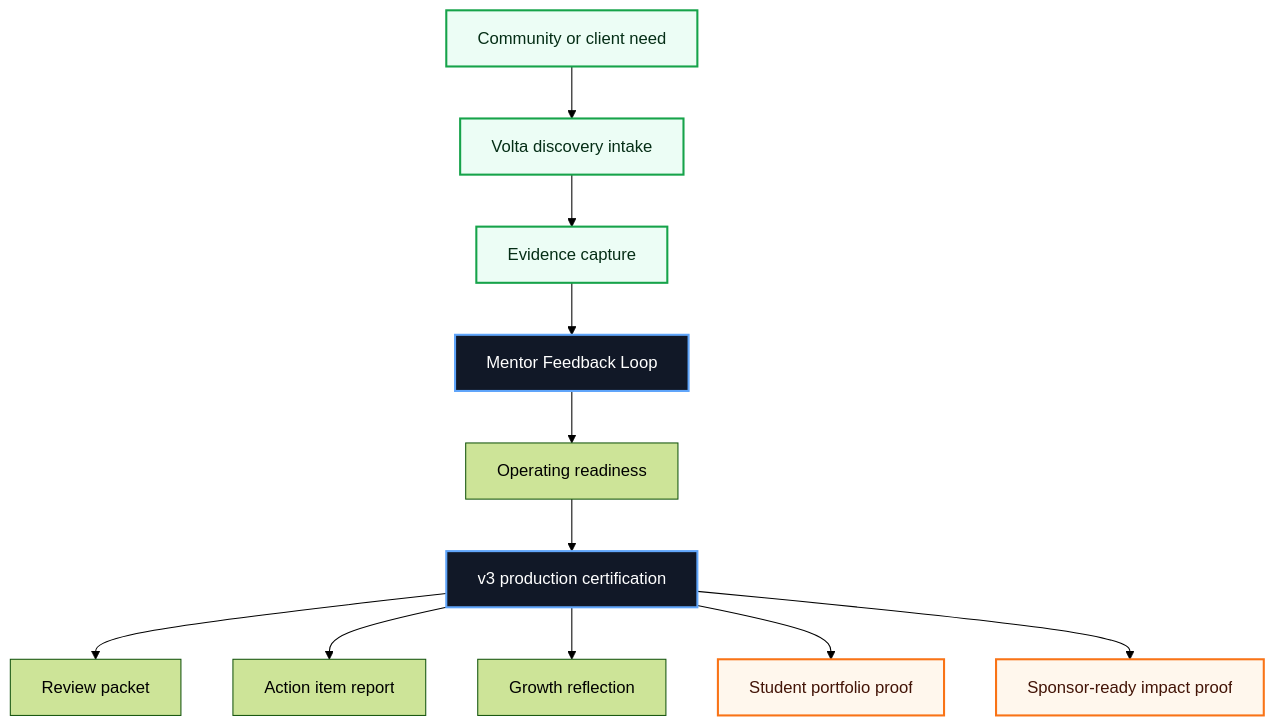
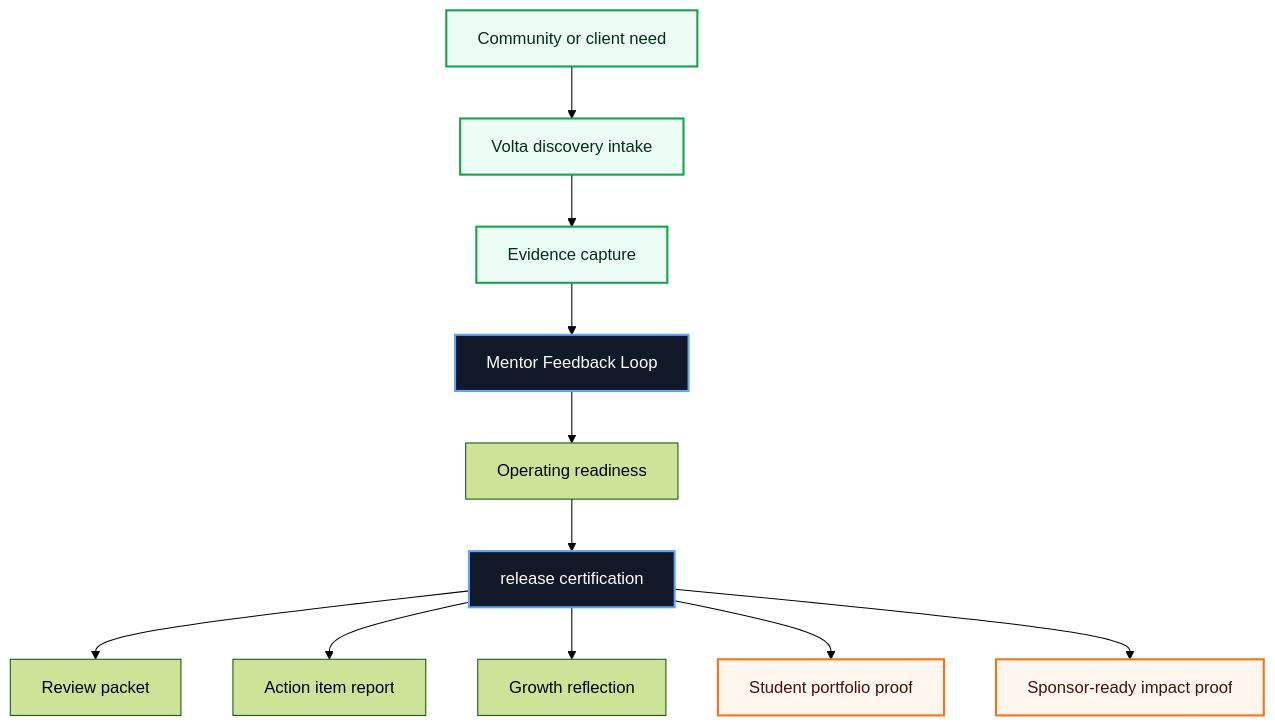
The first of 3 diagrams in README.md (volta-npo/mentor-feedback-loop), drawn with Mermaid (forest theme) before and after one commit. The commit also changed other lines of this file and 28 other files, not shown here.

````diff
--- a/README.md
+++ b/README.md
@@ -43,20 +43,20 @@
 ```mermaid
 flowchart TD
     Need["Community or client need"] --> Intake["Volta discovery intake"]
     Intake --> Evidence["Evidence capture"]
     Evidence --> Workbench["Mentor Feedback Loop"]
     Workbench --> Score["Operating readiness"]
-    Score --> Cert["v3 production certification"]
+    Score --> Cert["release certification"]
     Cert --> A1["Review packet"]
     Cert --> A2["Action item report"]
     Cert --> A3["Growth reflection"]
     Cert --> Student["Student portfolio proof"]
     Cert --> Sponsor["Sponsor-ready impact proof"]
 
     classDef volta fill:#111827,stroke:#60a5fa,color:#ffffff,stroke-width:2px;
     classDef equity fill:#ecfdf5,stroke:#16a34a,color:#052e16,stroke-width:2px;
     classDef proof fill:#fff7ed,stroke:#f97316,color:#431407,stroke-width:2px;
     class Workbench,Cert volta;
     class Need,Intake,Evidence equity;
     class Student,Sponsor proof;
 ```
````
